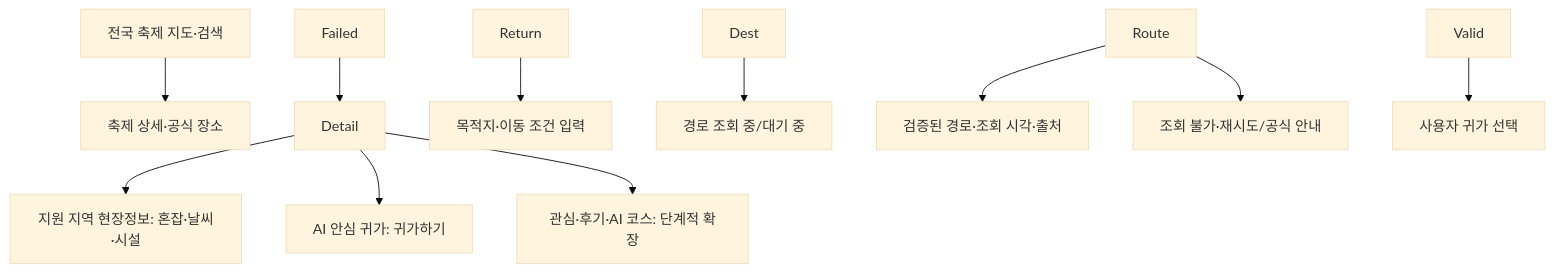
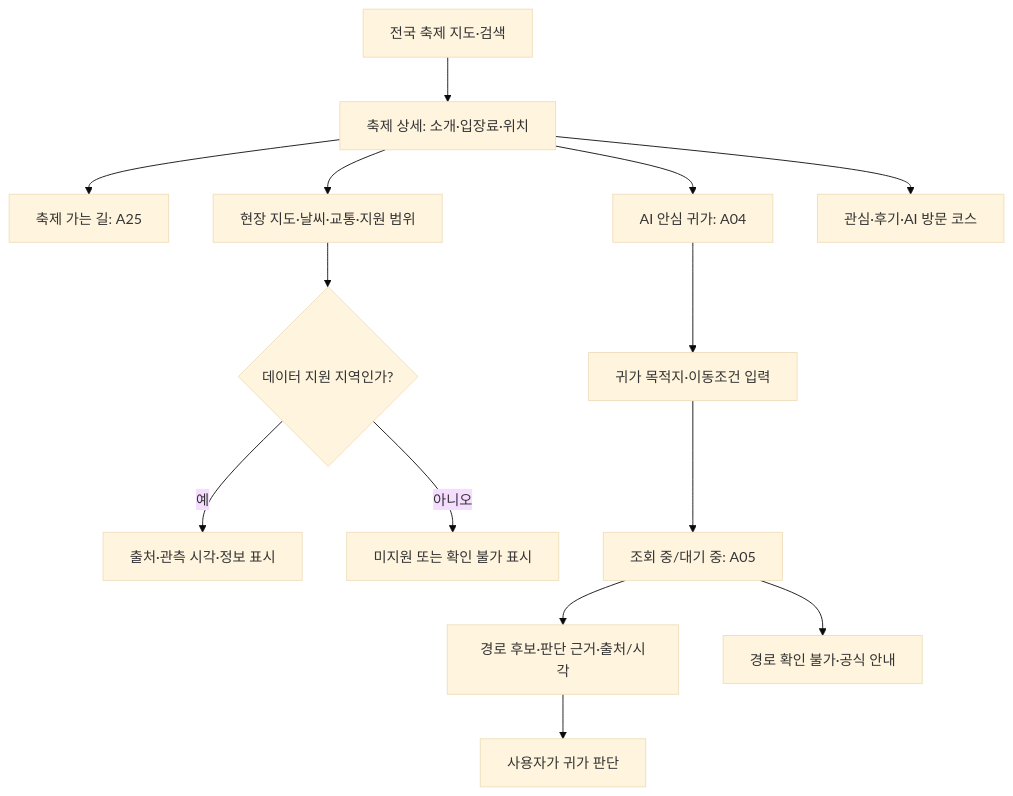
The second of 4 diagrams in Docs/Step 1/놀다가_기획서.md (yubeenjjang/Final3team), drawn with Mermaid (base theme) before and after one commit. The commit also changed other lines of this file and 2 other files, not shown here.

````diff
--- a/Docs/Step 1/놀다가_기획서.md
+++ b/Docs/Step 1/놀다가_기획서.md
@@ -894,13 +871,16 @@
 ```mermaid
 flowchart TD
-  Home\[전국 축제 지도·검색] --> Detail\[축제 상세·공식 장소]
-  Detail --> Live\[지원 지역 현장정보: 혼잡·날씨·시설]
-  Detail --> Return\[AI 안심 귀가: 귀가하기]
-  Return --> Dest\[목적지·이동 조건 입력]
-  Dest --> Route\[경로 조회 중/대기 중]
-  Route --> Valid\[검증된 경로·조회 시각·출처]
-  Route --> Failed\[조회 불가·재시도/공식 안내]
-  Valid --> Choice\[사용자 귀가 선택]
-  Failed --> Detail
-  Detail --> Interest\[관심·후기·AI 코스: 단계적 확장]
+  Home[전국 축제 지도·검색] --> Detail[축제 상세: 소개·입장료·위치]
+  Detail --> Visit[축제 가는 길: A25]
+  Detail --> Live[현장 지도·날씨·교통·지원 범위]
+  Live --> Check{데이터 지원 지역인가?}
+  Check -->|예| Real[출처·관측 시각·정보 표시]
+  Check -->|아니오| Unsupported[미지원 또는 확인 불가 표시]
+  Detail --> Return[AI 안심 귀가: A04]
+  Return --> Dest[귀가 목적지·이동조건 입력]
+  Dest --> Route[조회 중/대기 중: A05]
+  Route --> Valid[경로 후보·판단 근거·출처/시각]
+  Route --> Failed[경로 확인 불가·공식 안내]
+  Valid --> Choice[사용자가 귀가 판단]
+  Detail --> Interest[관심·후기·AI 방문 코스]
 ```
````
